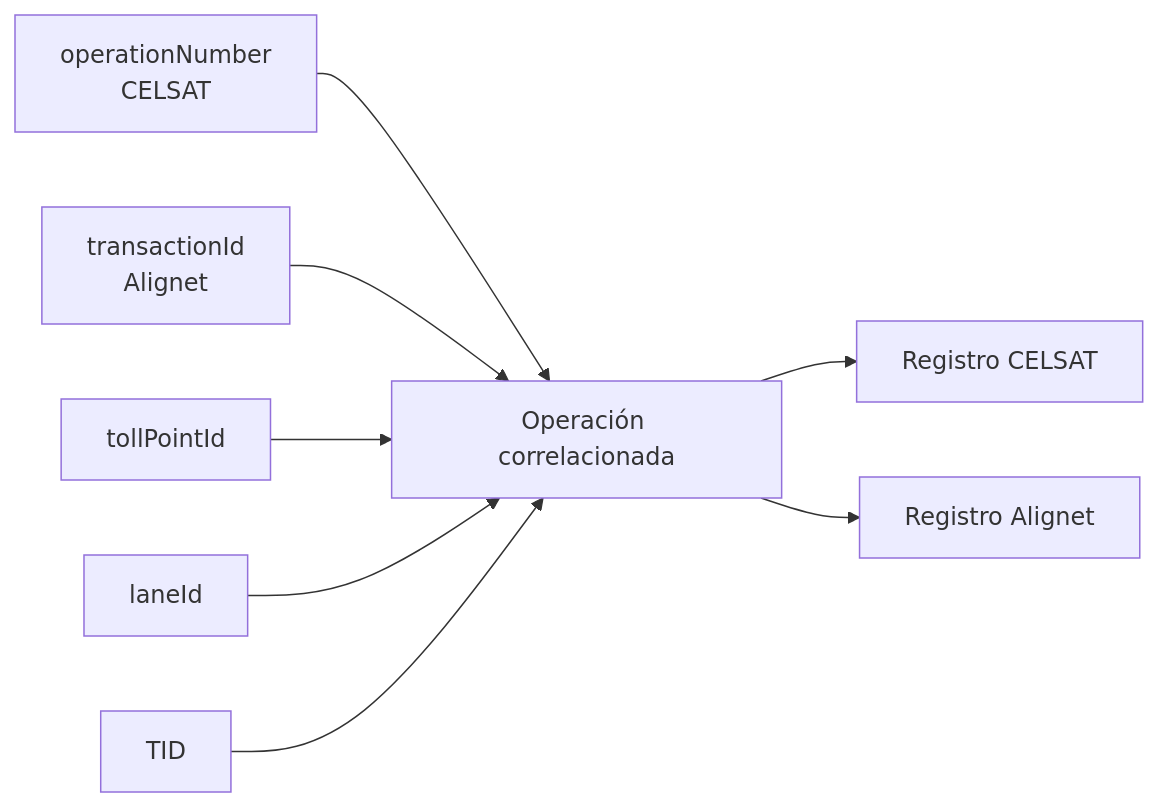
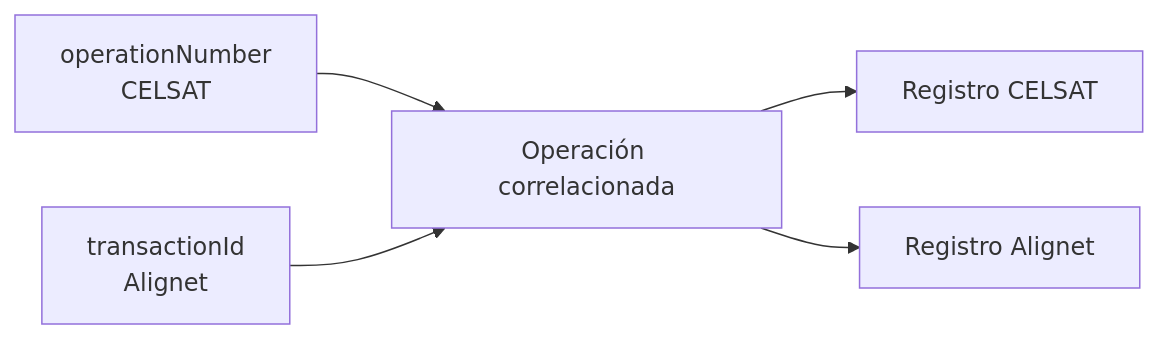
One commit to alignet-docs/alignet-developers changed the second of 2 diagrams in procesamiento-fisico/alignet-transit/arquitectura-y-trazabilidad.mdx. Above: the diagram before and after it, drawn with Mermaid. The commit also changed other lines of this file and 13 other files, not shown here.

````diff
--- a/procesamiento-fisico/alignet-transit/arquitectura-y-trazabilidad.mdx
+++ b/procesamiento-fisico/alignet-transit/arquitectura-y-trazabilidad.mdx
@@ -67,10 +64,7 @@
 ```mermaid
 flowchart LR
     OP[operationNumber<br/>CELSAT] --> REG[Operación correlacionada]
     TX[transactionId<br/>Alignet] --> REG
-    TP[tollPointId] --> REG
-    LN[laneId] --> REG
-    TID[TID] --> REG
     REG --> TMC[Registro CELSAT]
     REG --> ALI[Registro Alignet]
 ```
````
